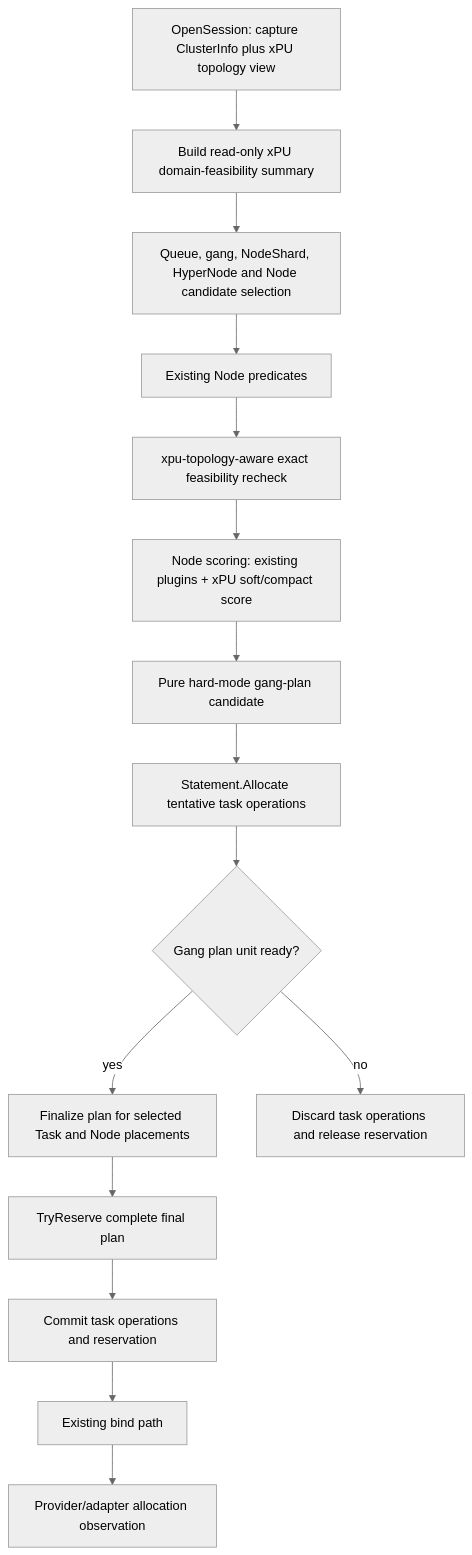
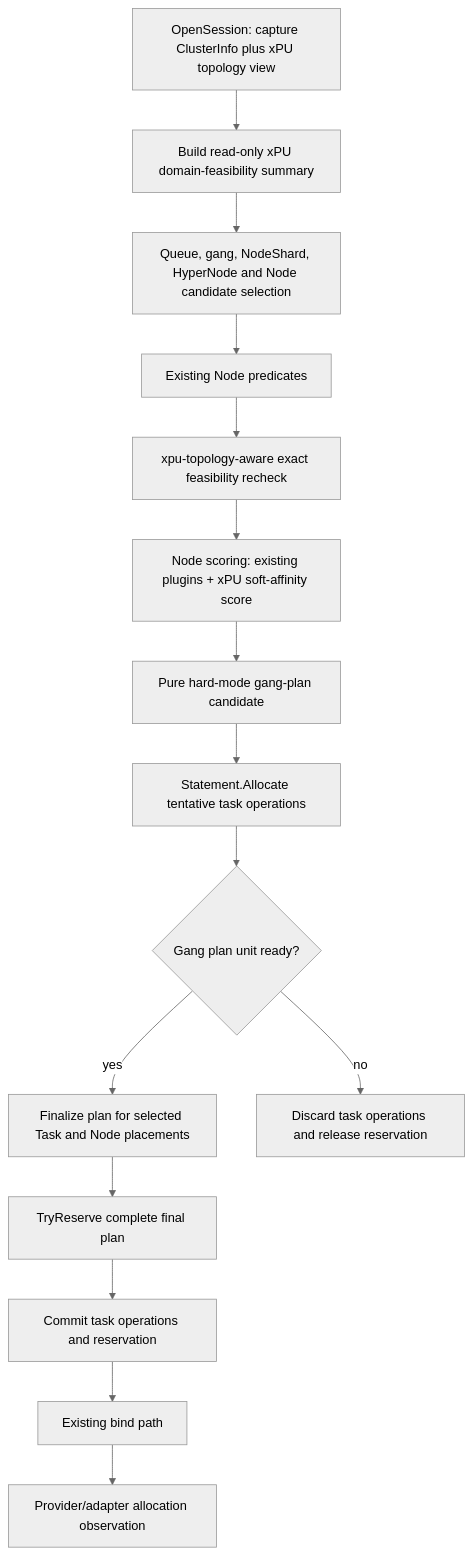
The fifth of 7 diagrams in docs/design/generic-xpu-topology-aware-scheduling.md (miantalha45/volcano), drawn with Mermaid (neutral theme) before and after one commit. The commit also changed other lines of this file, not shown here.

````diff
--- a/docs/design/generic-xpu-topology-aware-scheduling.md
+++ b/docs/design/generic-xpu-topology-aware-scheduling.md
@@ -1088,22 +1074,22 @@
 ```mermaid
 flowchart TB
     SO[OpenSession: capture ClusterInfo plus xPU topology view]
     DS[Build read-only xPU domain-feasibility summary]
     Q[Queue, gang, NodeShard, HyperNode and Node candidate selection]
     P[Existing Node predicates]
     XPF[xpu-topology-aware exact feasibility recheck]
-    S[Node scoring: existing plugins + xPU soft/compact score]
+    S[Node scoring: existing plugins + xPU soft-affinity score]
     GP[Pure hard-mode gang-plan candidate]
     ST[Statement.Allocate tentative task operations]
     C{Gang plan unit ready?}
     FP[Finalize plan for selected Task and Node placements]
     R[TryReserve complete final plan]
     COMMIT[Commit task operations and reservation]
     DISCARD[Discard task operations and release reservation]
     B[Existing bind path]
     OBS[Provider/adapter allocation observation]
 
     SO --> DS --> Q --> P --> XPF --> S --> GP --> ST --> C
     C -->|yes| FP --> R --> COMMIT --> B --> OBS
     C -->|no| DISCARD
 ```
````
